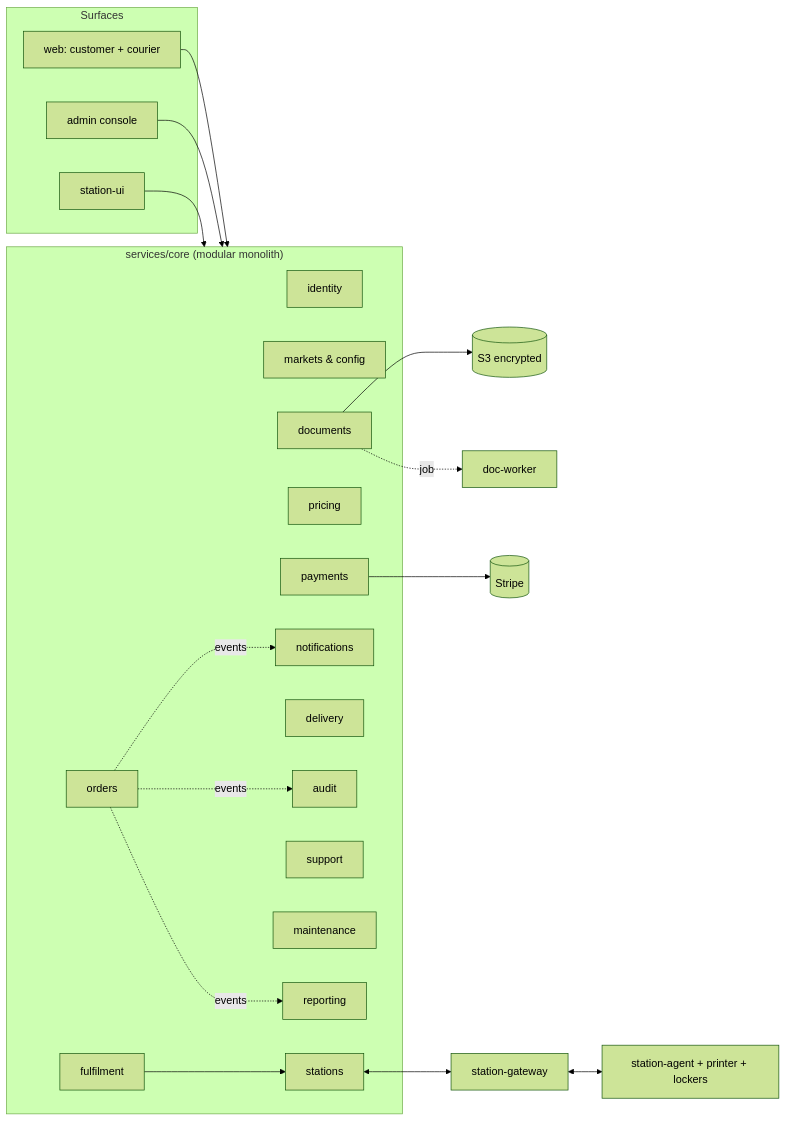
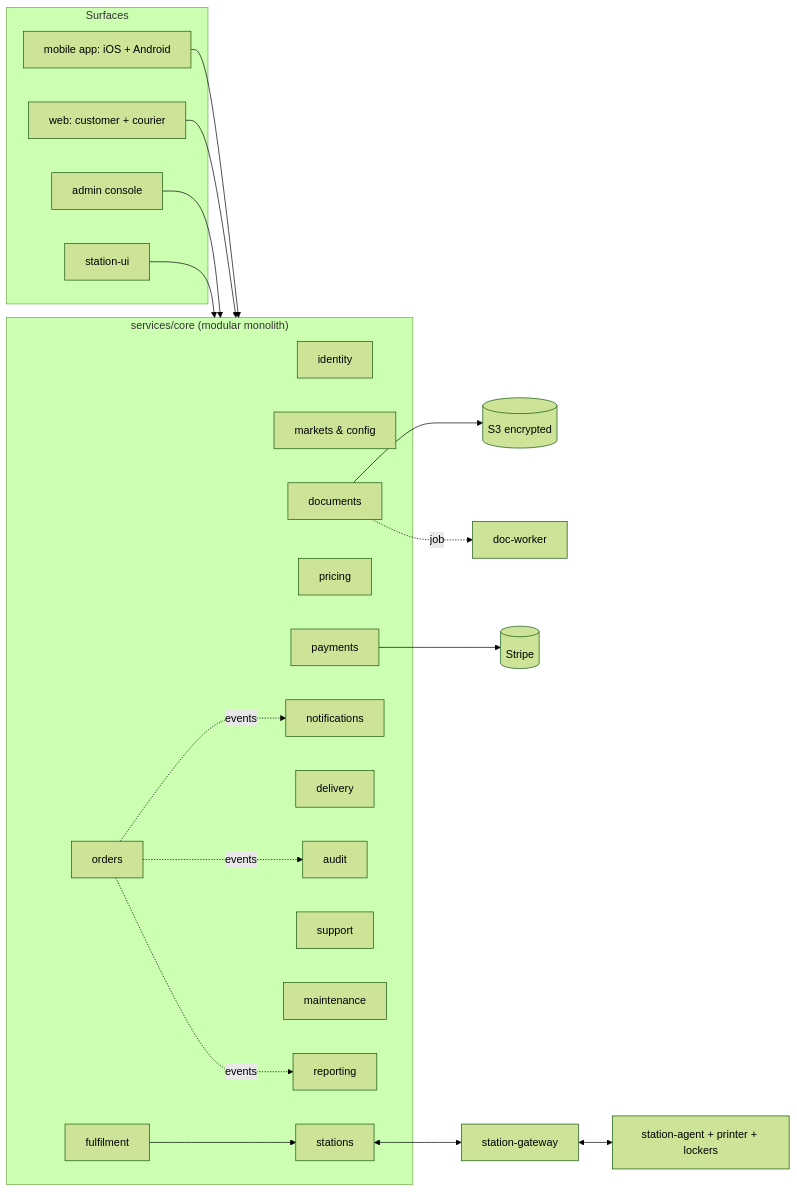
One commit to BhaskarNagireddy/PapperDash changed the diagram in docs/architecture/overview.md. Above: the diagram before and after it, drawn with Mermaid (forest theme). The commit also changed other lines of this file and 38 other files, not shown here.

First line of the commit message:
Add Google and Apple sign-in, pricing block, and mobile app decision

````diff
--- a/docs/architecture/overview.md
+++ b/docs/architecture/overview.md
@@ -31,39 +32,40 @@
 ```mermaid
 flowchart LR
   subgraph Surfaces
+    MOB[mobile app: iOS + Android]
     WEB[web: customer + courier]
     ADM[admin console]
     KIOSK[station-ui]
   end
 
   subgraph Core["services/core (modular monolith)"]
     ID[identity]
     MKT[markets & config]
     DOC[documents]
     PRC[pricing]
     ORD[orders]
     PAY[payments]
     FUL[fulfilment]
     STN[stations]
     DLV[delivery]
     NTF[notifications]
     SUP[support]
     MNT[maintenance]
     AUD[audit]
     RPT[reporting]
   end
 
   DW[doc-worker]
   GW[station-gateway]
   AGENT[station-agent + printer + lockers]
   STRIPE[(Stripe)]
   S3[(S3 encrypted)]
 
-  WEB & ADM & KIOSK --> Core
+  MOB & WEB & ADM & KIOSK --> Core
   DOC --> S3
   DOC -. job .-> DW
   PAY --> STRIPE
   FUL --> STN
   STN <--> GW <--> AGENT
   ORD -. events .-> NTF & AUD & RPT
 ```
````
